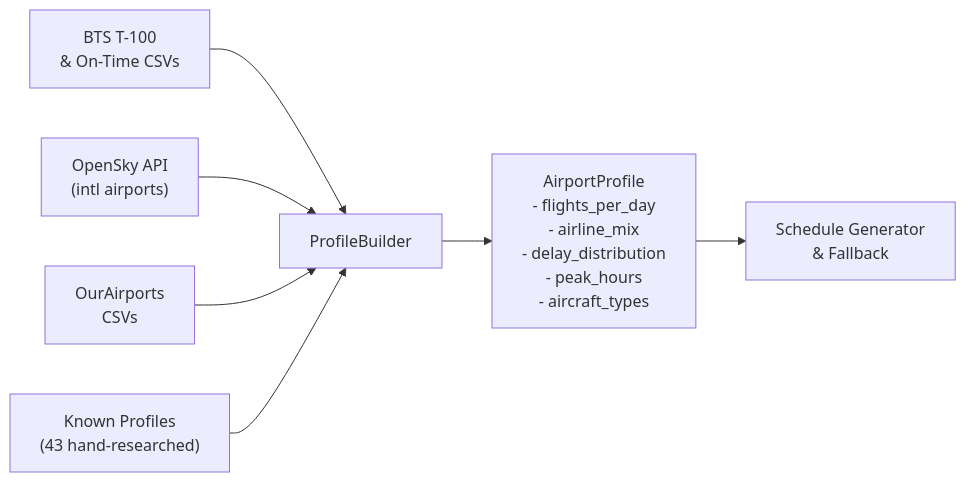
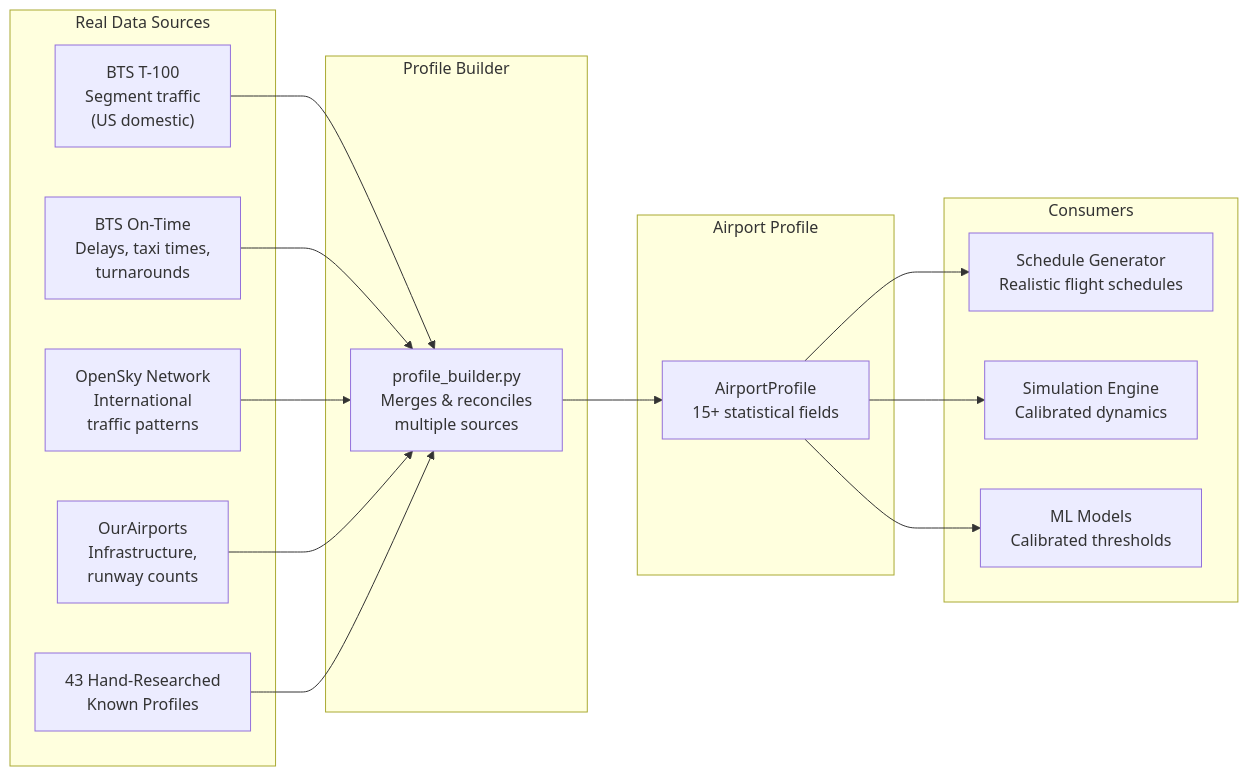
One commit to LaurentPRAT-DB/databricks-airport-digital-twin changed the third of 5 diagrams in README.md. Above: the diagram before and after it, drawn with Mermaid. The commit also changed other lines of this file, not shown here.

First line of the commit message:
docs: rewrite README with audience sections + data architecture narrative

````diff
--- a/README.md
+++ b/README.md
@@ -348,9 +193,26 @@
 ```mermaid
 graph LR
-    BTS["BTS T-100<br/>& On-Time CSVs"] --> PB["ProfileBuilder"]
-    OSK["OpenSky API<br/>(intl airports)"] --> PB
-    OA["OurAirports<br/>CSVs"] --> PB
-    KP["Known Profiles<br/>(43 hand-researched)"] --> PB
-    PB --> AP["AirportProfile<br/>- flights_per_day<br/>- airline_mix<br/>- delay_distribution<br/>- peak_hours<br/>- aircraft_types"]
-    AP --> SG["Schedule Generator<br/>& Fallback"]
+    subgraph "Real Data Sources"
+        BTS1["BTS T-100<br/>Segment traffic<br/>(US domestic)"]
+        BTS2["BTS On-Time<br/>Delays, taxi times,<br/>turnarounds"]
+        OSK["OpenSky Network<br/>International<br/>traffic patterns"]
+        OA["OurAirports<br/>Infrastructure,<br/>runway counts"]
+        KP["43 Hand-Researched<br/>Known Profiles"]
+    end
+
+    subgraph "Profile Builder"
+        PB["profile_builder.py<br/>Merges & reconciles<br/>multiple sources"]
+    end
+
+    subgraph "Airport Profile"
+        AP["AirportProfile<br/>15+ statistical fields"]
+    end
+
+    subgraph "Consumers"
+        SG["Schedule Generator<br/>Realistic flight schedules"]
+        SE["Simulation Engine<br/>Calibrated dynamics"]
+        ML["ML Models<br/>Calibrated thresholds"]
+    end
+
+    BTS1 & BTS2 & OSK & OA & KP --> PB --> AP --> SG & SE & ML
 ```
````
